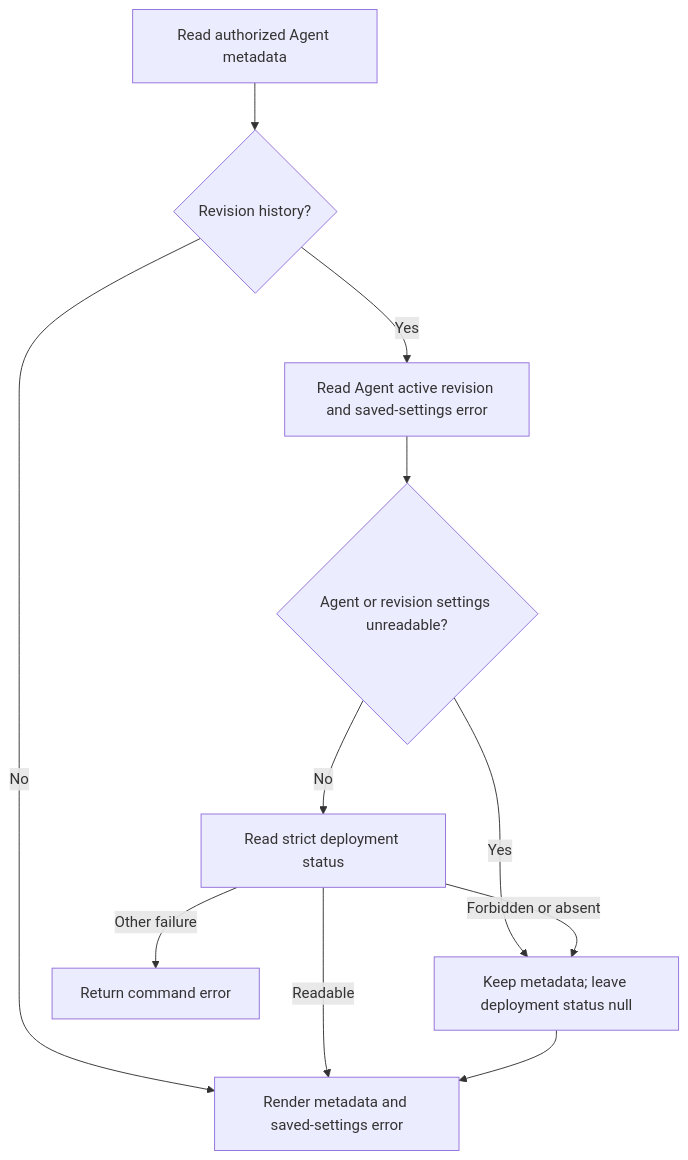
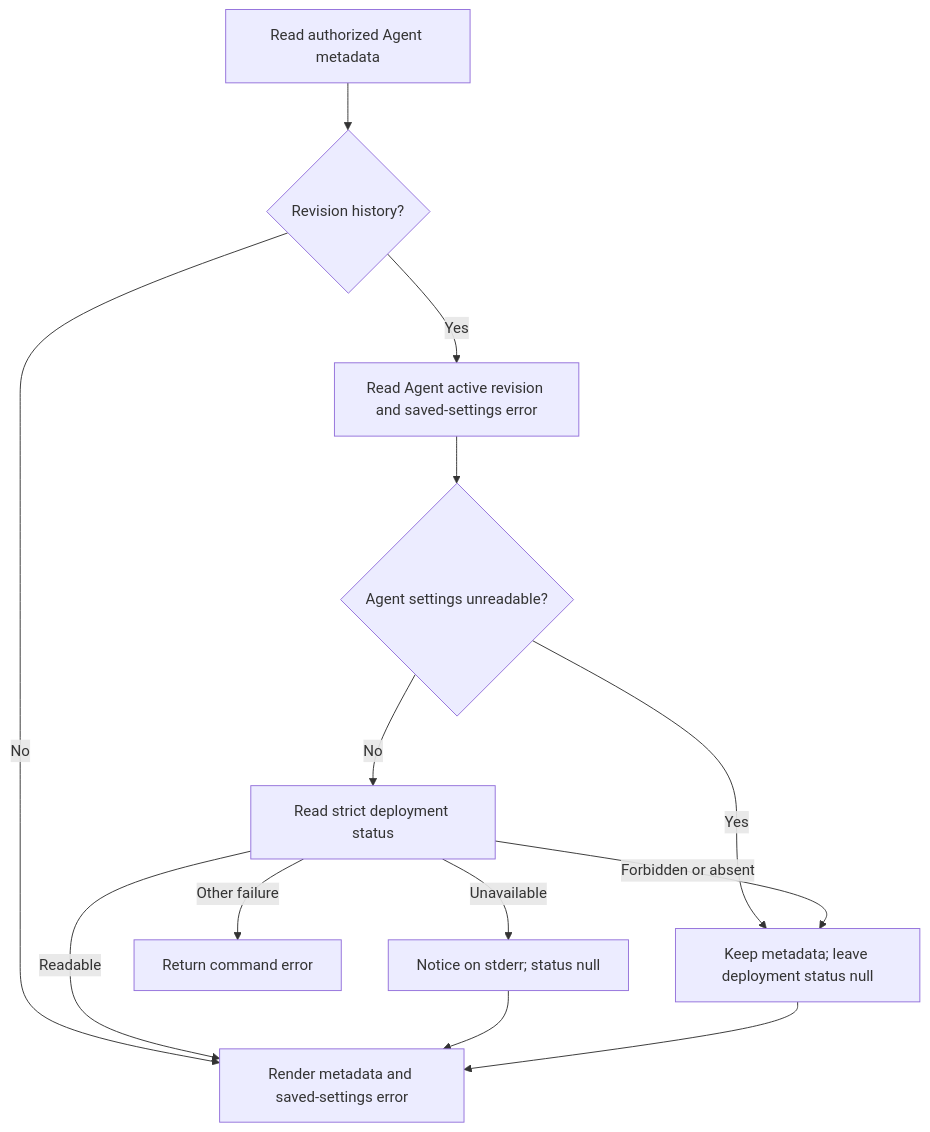
Before and after one commit to openclaw/openclaw-enterprise: the diagram in docs/flows/cli-agent-browsing.md, drawn with Mermaid. The commit also changed other lines of this file and 15 other files, not shown here.

````diff
--- a/docs/flows/cli-agent-browsing.md
+++ b/docs/flows/cli-agent-browsing.md
@@ -37,13 +37,14 @@
 ```mermaid
 graph TD
   A["Read authorized Agent metadata"] --> B{"Revision history?"}
   B -->|No| F["Render metadata and saved-settings error"]
   B -->|Yes| C["Read Agent active revision and saved-settings error"]
-  C --> D{"Agent or revision settings unreadable?"}
+  C --> D{"Agent settings unreadable?"}
   D -->|Yes| E["Keep metadata; leave deployment status null"]
   D -->|No| G["Read strict deployment status"]
   G -->|Readable| F
   G -->|Forbidden or absent| E
+  G -->|Unavailable| N["Notice on stderr; status null"] --> F
   G -->|Other failure| H["Return command error"]
   E --> F
 ```
````
